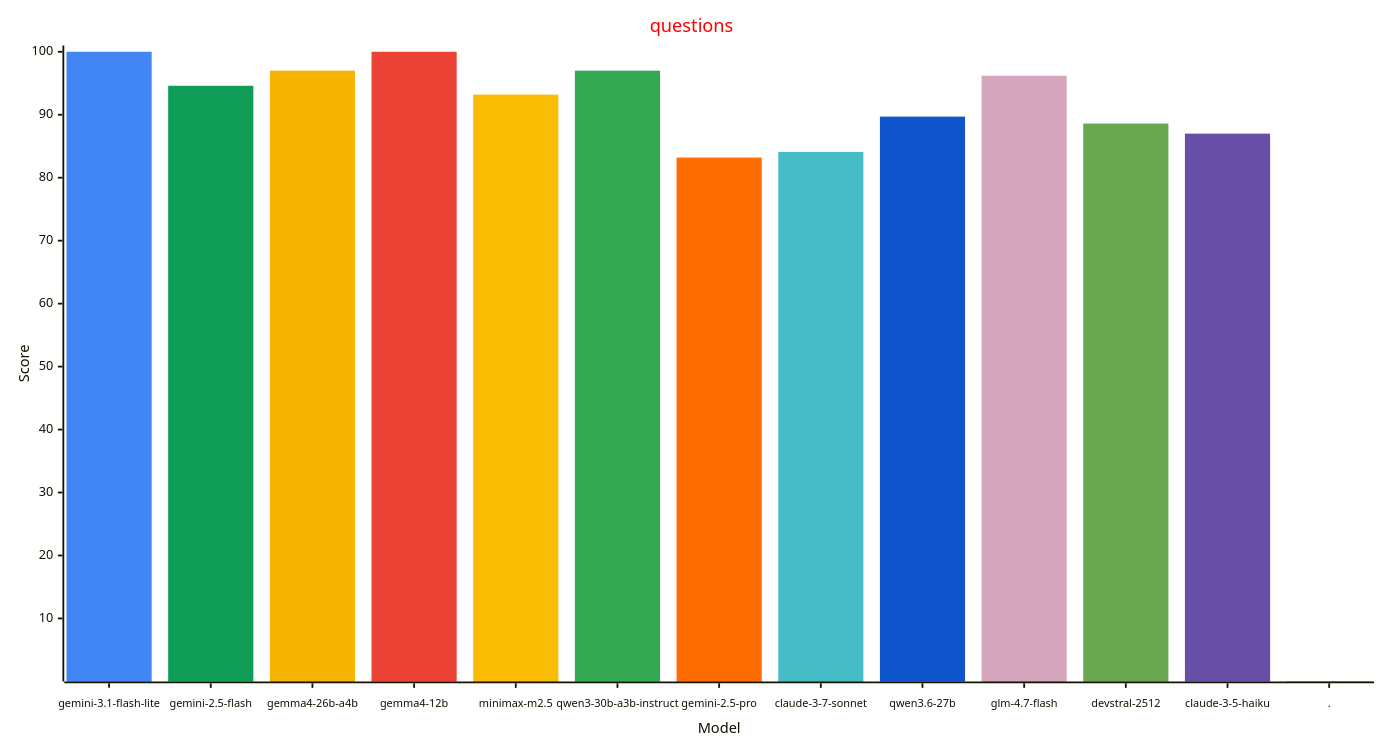
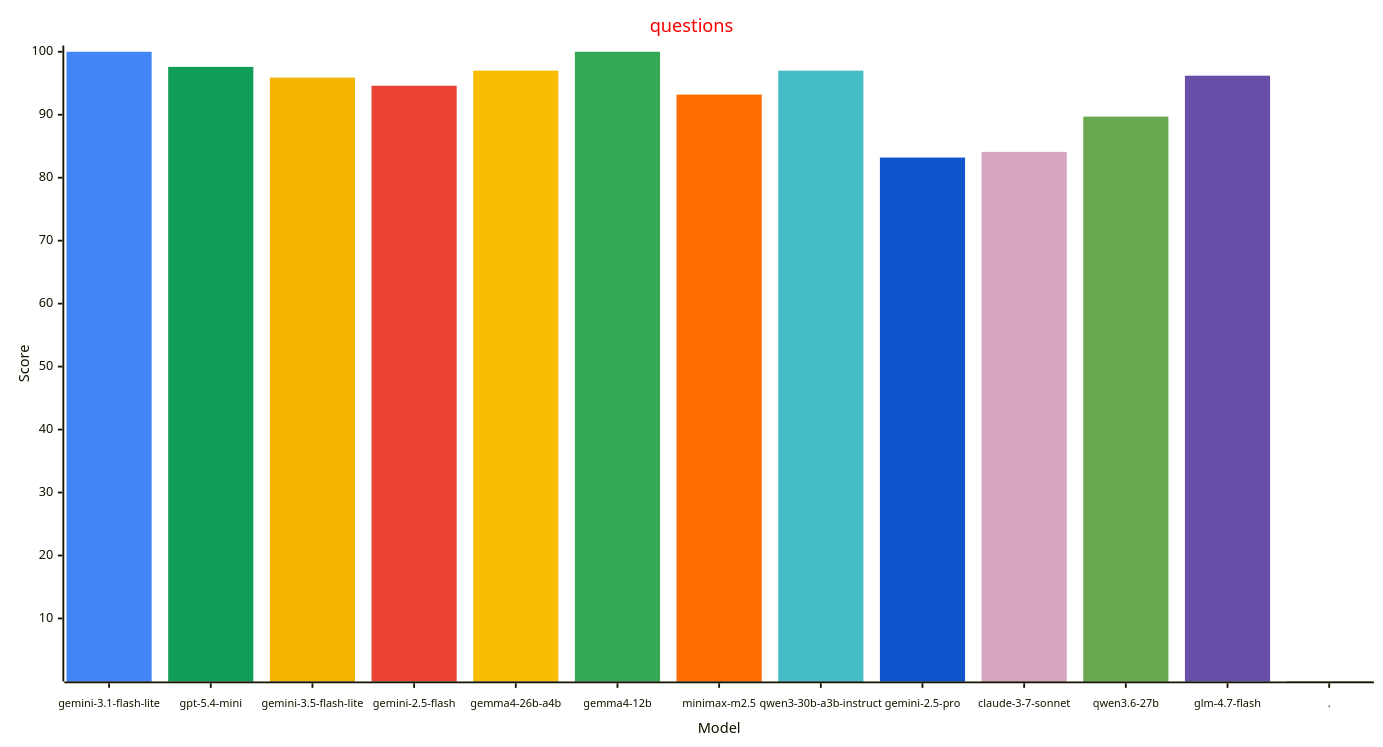
Before and after one commit to allenporter/home-assistant-datasets: the third of 4 diagrams in reports/README.md, drawn with Mermaid. The commit also changed other lines of this file and 2094 other files, not shown here.

First line of the commit message:
Add gpt-5.4-mini and gemini-3.5-flash-lite results (#351)

````diff
--- a/reports/README.md
+++ b/reports/README.md
@@ -178,33 +180,33 @@
 ```mermaid
 ---
 config:
     xyChart:
         width: 1500
         height: 800
         xAxis:
           labelFontSize: 12
           labelPadding: 8
     themeVariables:
         xyChart:
             titleColor: "#ff0000"
             plotColorPalette: "#4285f4, #0f9d58, #f4b400, #ea4335, #fbbc04, #34a853, #ff6d01, #46bdc6, #1155cc, #d5a6bd, #6aa84f, #674ea7, #4285f4"
 
 ---
 xychart-beta
   title "questions"
-  x-axis "Model" [gemini-3.1-flash-lite, gemini-2.5-flash, gemma4-26b-a4b, gemma4-12b, minimax-m2.5, qwen3-30b-a3b-instruct, gemini-2.5-pro, claude-3-7-sonnet, qwen3.6-27b, glm-4.7-flash, devstral-2512, claude-3-5-haiku, .]
+  x-axis "Model" [gemini-3.1-flash-lite, gpt-5.4-mini, gemini-3.5-flash-lite, gemini-2.5-flash, gemma4-26b-a4b, gemma4-12b, minimax-m2.5, qwen3-30b-a3b-instruct, gemini-2.5-pro, claude-3-7-sonnet, qwen3.6-27b, glm-4.7-flash, .]
   y-axis "Score" 1 --> 100
   bar [100.0, 0.0, 0.0, 0.0, 0.0, 0.0, 0.0, 0.0, 0.0, 0.0, 0.0, 0.0, 0.0]
-  bar [0.0, 94.6, 0.0, 0.0, 0.0, 0.0, 0.0, 0.0, 0.0, 0.0, 0.0, 0.0, 0.0]
-  bar [0.0, 0.0, 97.0, 0.0, 0.0, 0.0, 0.0, 0.0, 0.0, 0.0, 0.0, 0.0, 0.0]
-  bar [0.0, 0.0, 0.0, 100.0, 0.0, 0.0, 0.0, 0.0, 0.0, 0.0, 0.0, 0.0, 0.0]
-  bar [0.0, 0.0, 0.0, 0.0, 93.2, 0.0, 0.0, 0.0, 0.0, 0.0, 0.0, 0.0, 0.0]
-  bar [0.0, 0.0, 0.0, 0.0, 0.0, 97.0, 0.0, 0.0, 0.0, 0.0, 0.0, 0.0, 0.0]
-  bar [0.0, 0.0, 0.0, 0.0, 0.0, 0.0, 83.2, 0.0, 0.0, 0.0, 0.0, 0.0, 0.0]
-  bar [0.0, 0.0, 0.0, 0.0, 0.0, 0.0, 0.0, 84.1, 0.0, 0.0, 0.0, 0.0, 0.0]
-  bar [0.0, 0.0, 0.0, 0.0, 0.0, 0.0, 0.0, 0.0, 89.7, 0.0, 0.0, 0.0, 0.0]
-  bar [0.0, 0.0, 0.0, 0.0, 0.0, 0.0, 0.0, 0.0, 0.0, 96.2, 0.0, 0.0, 0.0]
-  bar [0.0, 0.0, 0.0, 0.0, 0.0, 0.0, 0.0, 0.0, 0.0, 0.0, 88.6, 0.0, 0.0]
-  bar [0.0, 0.0, 0.0, 0.0, 0.0, 0.0, 0.0, 0.0, 0.0, 0.0, 0.0, 87.0, 0.0]
+  bar [0.0, 97.6, 0.0, 0.0, 0.0, 0.0, 0.0, 0.0, 0.0, 0.0, 0.0, 0.0, 0.0]
+  bar [0.0, 0.0, 95.9, 0.0, 0.0, 0.0, 0.0, 0.0, 0.0, 0.0, 0.0, 0.0, 0.0]
+  bar [0.0, 0.0, 0.0, 94.6, 0.0, 0.0, 0.0, 0.0, 0.0, 0.0, 0.0, 0.0, 0.0]
+  bar [0.0, 0.0, 0.0, 0.0, 97.0, 0.0, 0.0, 0.0, 0.0, 0.0, 0.0, 0.0, 0.0]
+  bar [0.0, 0.0, 0.0, 0.0, 0.0, 100.0, 0.0, 0.0, 0.0, 0.0, 0.0, 0.0, 0.0]
+  bar [0.0, 0.0, 0.0, 0.0, 0.0, 0.0, 93.2, 0.0, 0.0, 0.0, 0.0, 0.0, 0.0]
+  bar [0.0, 0.0, 0.0, 0.0, 0.0, 0.0, 0.0, 97.0, 0.0, 0.0, 0.0, 0.0, 0.0]
+  bar [0.0, 0.0, 0.0, 0.0, 0.0, 0.0, 0.0, 0.0, 83.2, 0.0, 0.0, 0.0, 0.0]
+  bar [0.0, 0.0, 0.0, 0.0, 0.0, 0.0, 0.0, 0.0, 0.0, 84.1, 0.0, 0.0, 0.0]
+  bar [0.0, 0.0, 0.0, 0.0, 0.0, 0.0, 0.0, 0.0, 0.0, 0.0, 89.7, 0.0, 0.0]
+  bar [0.0, 0.0, 0.0, 0.0, 0.0, 0.0, 0.0, 0.0, 0.0, 0.0, 0.0, 96.2, 0.0]
   bar [0.0, 0.0, 0.0, 0.0, 0.0, 0.0, 0.0, 0.0, 0.0, 0.0, 0.0, 0.0, -1.0]
 ```
````
